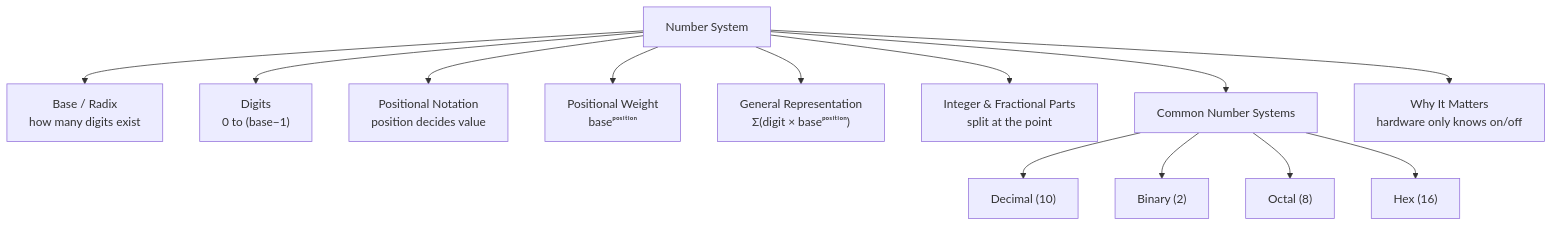
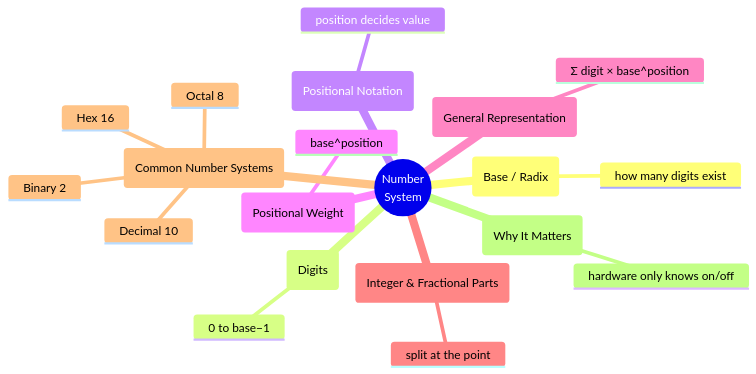
The ninth of 9 diagrams in UNIT - 1/1. Number Systems/a) What is Number system.md (mehrunnisaofficial/Computer-Organization-and-Architecture-), drawn with Mermaid before and after one commit. The commit also changed other lines of this file, not shown here.

Commit message:
Update a) What is Number system.md

````diff
--- a/UNIT - 1/1. Number Systems/a) What is Number system.md
+++ b/UNIT - 1/1. Number Systems/a) What is Number system.md
@@ -329,16 +333,23 @@
 ```mermaid
-flowchart TD
-    Root["Number System"] --> Base["Base / Radix<br/>how many digits exist"]
-    Root --> Digits["Digits<br/>0 to (base−1)"]
-    Root --> PN["Positional Notation<br/>position decides value"]
-    Root --> PW["Positional Weight<br/>baseᵖᵒˢⁱᵗⁱᵒⁿ"]
-    Root --> GR["General Representation<br/>Σ(digit × baseᵖᵒˢⁱᵗⁱᵒⁿ)"]
-    Root --> IF["Integer & Fractional Parts<br/>split at the point"]
-    Root --> CS["Common Number Systems"]
-    Root --> Why["Why It Matters<br/>hardware only knows on/off"]
-
-    CS --> Dec["Decimal (10)"]
-    CS --> Bin["Binary (2)"]
-    CS --> Oct["Octal (8)"]
-    CS --> Hex["Hex (16)"]
+mindmap
+  root((Number<br/>System))
+    (Base / Radix)
+      how many digits exist
+    (Digits)
+      0 to base−1
+    (Positional Notation)
+      position decides value
+    (Positional Weight)
+      base^position
+    (General Representation)
+      Σ digit × base^position
+    (Integer & Fractional Parts)
+      split at the point
+    (Common Number Systems)
+      Decimal 10
+      Binary 2
+      Octal 8
+      Hex 16
+    (Why It Matters)
+      hardware only knows on/off
 ```
````
